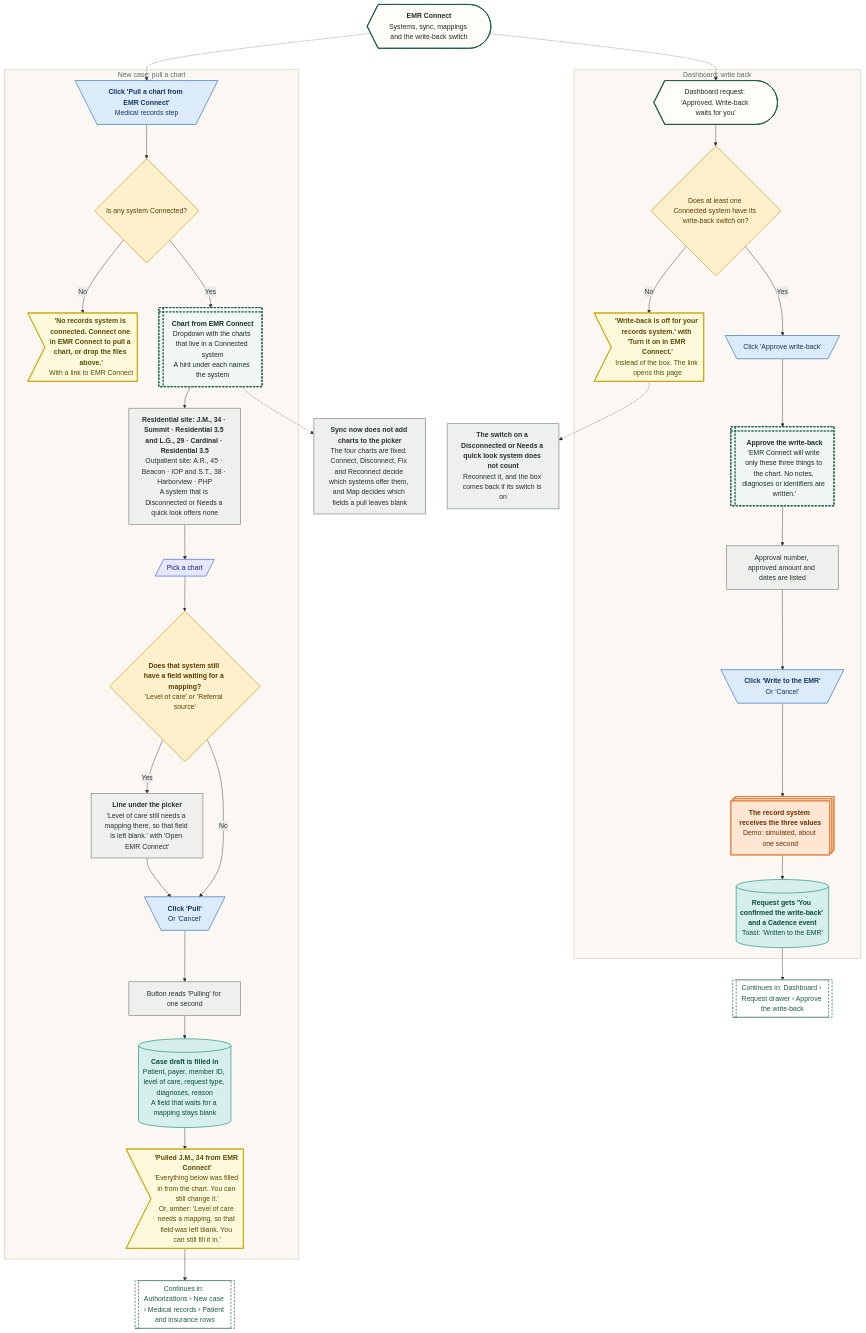
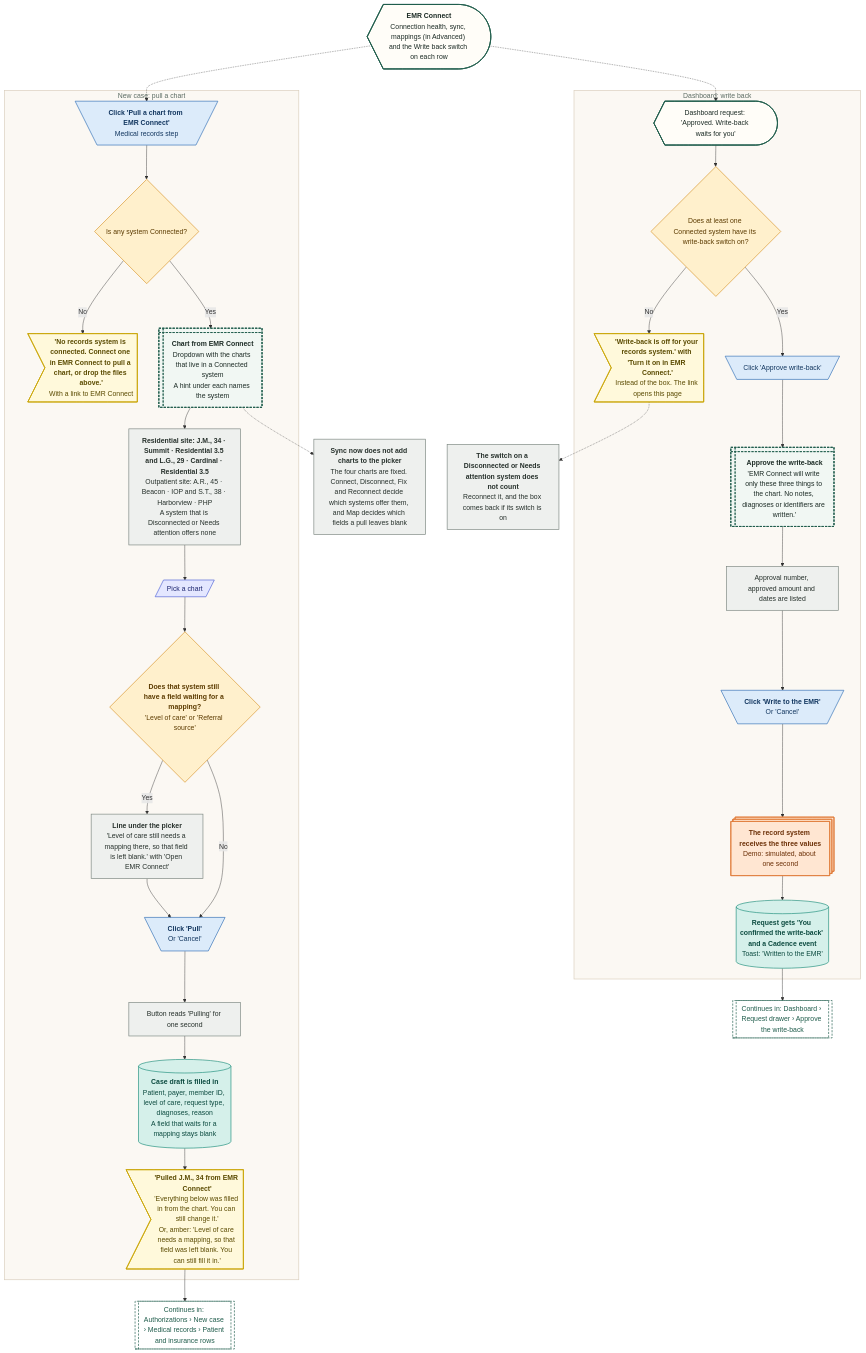
Before and after one commit to Shrav143/psyfloapp: diagram 12 of 20 in demos/prior-auth-demo/workflows/out/md/09-emr-connect.md, drawn with Mermaid. The commit also changed other lines of this file and 192 other files, not shown here.

First line of the commit message:
docs: changelog by sidebar tab; README, diagrams and Settings layout aligned with the refinement; shared InfoTip; referral cost-share line

````diff
--- a/demos/prior-auth-demo/workflows/out/md/09-emr-connect.md
+++ b/demos/prior-auth-demo/workflows/out/md/09-emr-connect.md
@@ -755,75 +902,75 @@
 ```mermaid
 %%{init: {"theme":"base","themeVariables":{"fontFamily":"'DM Sans', 'Segoe UI', system-ui, sans-serif","fontSize":"15px","lineColor":"#5B6B63","primaryTextColor":"#1C2B25","clusterBkg":"#FBF8F3","clusterBorder":"#D9CDBB","edgeLabelBackground":"#FFFFFF"},"flowchart":{"curve":"basis","nodeSpacing":36,"rankSpacing":48,"padding":12,"htmlLabels":true,"useMaxWidth":false,"wrappingWidth":230}} }%%
 flowchart TD
   classDef k_start fill:#1F5C4B,stroke:#174638,color:#FFFFFF,stroke-width:1.5px,font-weight:600
   classDef k_end fill:#DDEFE3,stroke:#2E7D4F,color:#14502F,stroke-width:1.5px,font-weight:600
   classDef k_endx fill:#FBE3E0,stroke:#C0392B,color:#7A1F16,stroke-width:1.5px,font-weight:600
   classDef k_screen fill:#FFFDF8,stroke:#1F5C4B,color:#1C2B25,stroke-width:2px
   classDef k_overlay fill:#F1F7F3,stroke:#1F5C4B,color:#1C2B25,stroke-width:2px,stroke-dasharray:5 3
   classDef k_click fill:#DCEBFA,stroke:#2F6DB5,color:#12365F,stroke-width:1.5px
   classDef k_input fill:#E4E7FF,stroke:#4C5FD5,color:#1D2670,stroke-width:1.5px
   classDef k_process fill:#EEF0EE,stroke:#7A857F,color:#26302B,stroke-width:1.5px
   classDef k_agent fill:#EEE5FA,stroke:#7A4FC2,color:#341A63,stroke-width:1.5px
   classDef k_decision fill:#FFF0CC,stroke:#D9962B,color:#5C3B00,stroke-width:1.5px
   classDef k_store fill:#D5F0EA,stroke:#1C8E7B,color:#0B4A3F,stroke-width:1.5px
   classDef k_doc fill:#F6E9DC,stroke:#B07A4C,color:#4A2E14,stroke-width:1.5px
   classDef k_ext fill:#FFE6D2,stroke:#E07B39,color:#6B2F06,stroke-width:1.5px
   classDef k_wait fill:#E4E8EE,stroke:#6B7C93,color:#26303D,stroke-width:1.5px
   classDef k_toast fill:#FFF9DB,stroke:#C9A400,color:#5A4A00,stroke-width:1.5px
   classDef k_goto fill:#FFFFFF,stroke:#1F5C4B,color:#1F5C4B,stroke-width:1.5px,stroke-dasharray:5 3
-  p1@{ shape: curv-trap, label: "<b>EMR Connect</b><br/>Systems, sync, mappings and the write-back switch" }
+  p1@{ shape: curv-trap, label: "<b>EMR Connect</b><br/>Connection health, sync, mappings (in Advanced) and the Write back switch on each row" }
   subgraph gPull ["New case: pull a chart"]
   a1@{ shape: trap-t, label: "<b>Click 'Pull a chart from EMR Connect'</b><br/>Medical records step" }
   a0@{ shape: diam, label: "Is any system Connected?" }
   a8@{ shape: odd, label: "<b>'No records system is connected. Connect one in EMR Connect to pull a chart, or drop the files above.'</b><br/>With a link to EMR Connect" }
   a2@{ shape: win-pane, label: "<b>Chart from EMR Connect</b><br/>Dropdown with the charts that live in a Connected system<br/>A hint under each names the system" }
-  a2b@{ shape: rect, label: "<b>Residential site: J.M., 34 · Summit · Residential 3.5 and L.G., 29 · Cardinal · Residential 3.5</b><br/>Outpatient site: A.R., 45 · Beacon · IOP and S.T., 38 · Harborview · PHP<br/>A system that is Disconnected or Needs a quick look offers none" }
+  a2b@{ shape: rect, label: "<b>Residential site: J.M., 34 · Summit · Residential 3.5 and L.G., 29 · Cardinal · Residential 3.5</b><br/>Outpatient site: A.R., 45 · Beacon · IOP and S.T., 38 · Harborview · PHP<br/>A system that is Disconnected or Needs attention offers none" }
   a3@{ shape: lean-r, label: "Pick a chart" }
   a9@{ shape: diam, label: "<b>Does that system still have a field waiting for a mapping?</b><br/>'Level of care' or 'Referral source'" }
   a10@{ shape: rect, label: "<b>Line under the picker</b><br/>'Level of care still needs a mapping there, so that field is left blank.' with 'Open EMR Connect'" }
   a4@{ shape: trap-t, label: "<b>Click 'Pull'</b><br/>Or 'Cancel'" }
   a5@{ shape: rect, label: "Button reads 'Pulling' for one second" }
   a6@{ shape: cyl, label: "<b>Case draft is filled in</b><br/>Patient, payer, member ID, level of care, request type, diagnoses, reason<br/>A field that waits for a mapping stays blank" }
   a7@{ shape: odd, label: "<b>'Pulled J.M., 34 from EMR Connect'</b><br/>'Everything below was filled in from the chart. You can still change it.'<br/>Or, amber: 'Level of care needs a mapping, so that field was left blank. You can still fill it in.'" }
   end
   n1@{ shape: rect, label: "<b>Sync now does not add charts to the picker</b><br/>The four charts are fixed. Connect, Disconnect, Fix and Reconnect decide which systems offer them, and Map decides which fields a pull leaves blank" }
   g1@{ shape: subproc, label: "Continues in: Authorizations › New case › Medical records › Patient and insurance rows" }
   subgraph gWrite ["Dashboard: write back"]
   b1@{ shape: curv-trap, label: "Dashboard request: 'Approved. Write-back waits for you'" }
   b0@{ shape: diam, label: "Does at least one Connected system have its write-back switch on?" }
   b8@{ shape: odd, label: "<b>'Write-back is off for your records system.' with 'Turn it on in EMR Connect.'</b><br/>Instead of the box. The link opens this page" }
   b2@{ shape: trap-t, label: "Click 'Approve write-back'" }
   b3@{ shape: win-pane, label: "<b>Approve the write-back</b><br/>'EMR Connect will write only these three things to the chart. No notes, diagnoses or identifiers are written.'" }
   b4@{ shape: rect, label: "Approval number, approved amount and dates are listed" }
   b5@{ shape: trap-t, label: "<b>Click 'Write to the EMR'</b><br/>Or 'Cancel'" }
   b6@{ shape: st-rect, label: "<b>The record system receives the three values</b><br/>Demo: simulated, about one second" }
   b7@{ shape: cyl, label: "<b>Request gets 'You confirmed the write-back' and a Cadence event</b><br/>Toast: 'Written to the EMR'" }
   end
-  n2@{ shape: rect, label: "<b>The switch on a Disconnected or Needs a quick look system does not count</b><br/>Reconnect it, and the box comes back if its switch is on" }
+  n2@{ shape: rect, label: "<b>The switch on a Disconnected or Needs attention system does not count</b><br/>Reconnect it, and the box comes back if its switch is on" }
   g2@{ shape: subproc, label: "Continues in: Dashboard › Request drawer › Approve the write-back" }
   p1 -.-> a1
   a1 --> a0
   a0 -->|"No"| a8
   a0 -->|"Yes"| a2 --> a2b --> a3 --> a9
   a9 -->|"Yes"| a10 --> a4
   a9 -->|"No"| a4
   a4 --> a5 --> a6 --> a7 --> g1
   a2 -.-> n1
   p1 -.-> b1
   b1 --> b0
   b0 -->|"No"| b8
   b0 -->|"Yes"| b2 --> b3 --> b4 --> b5 --> b6 --> b7 --> g2
   b8 -.-> n2
   class p1,b1 k_screen
   class a1,a4,b2,b5 k_click
   class a0,a9,b0 k_decision
   class a8,a7,b8 k_toast
   class a2,b3 k_overlay
   class a2b,a10,a5,n1,b4,n2 k_process
   class a3 k_input
   class a6,b7 k_store
   class g1,g2 k_goto
   class b6 k_ext
   style gPull fill:#FBF8F3,stroke:#D9CDBB,stroke-width:1.5px,color:#5B6B63
   style gWrite fill:#FBF8F3,stroke:#D9CDBB,stroke-width:1.5px,color:#5B6B63
 ```
````
